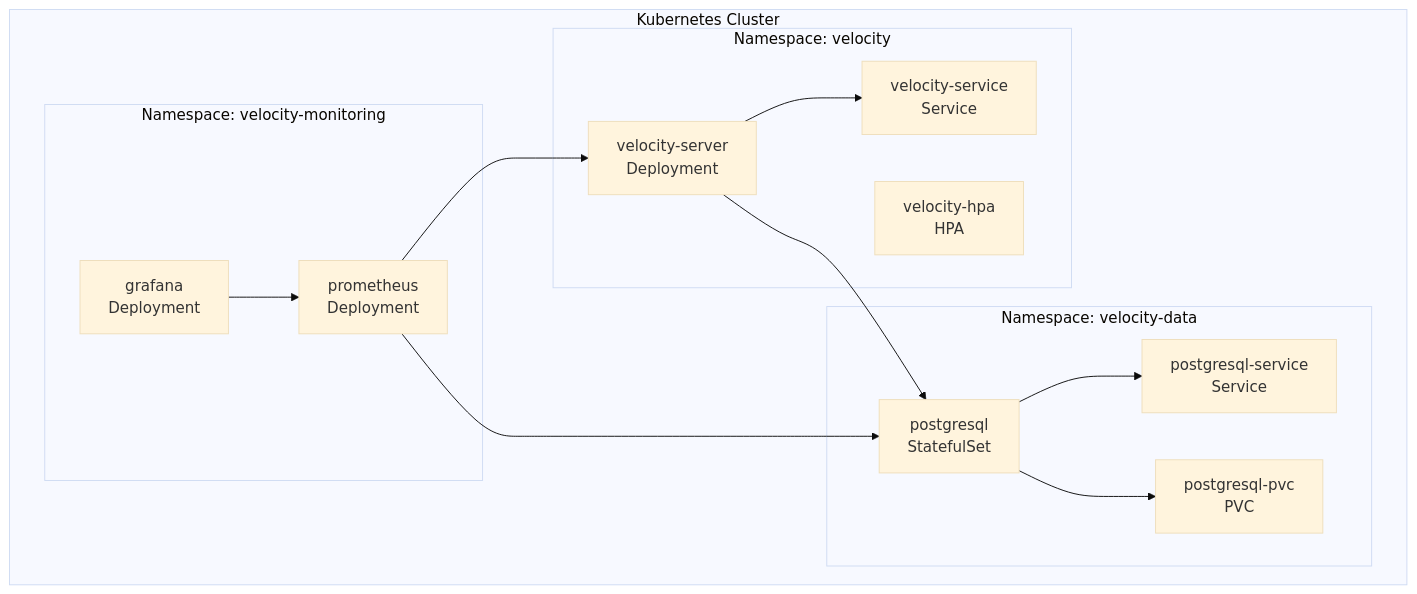
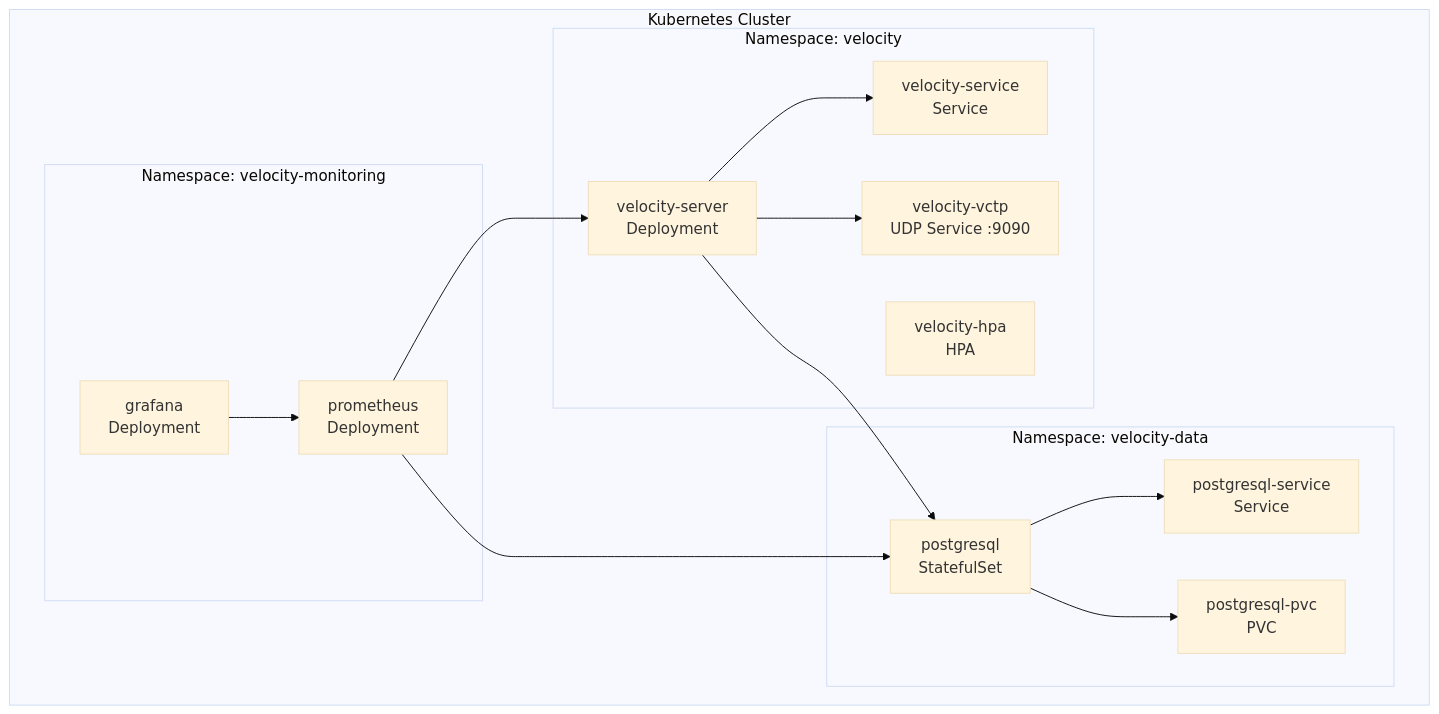
One commit to UnitBuilds-CC/V.E.L.O.C.I.T.Y.-WorkFlow changed diagram 20 of 26 in .qoder/repowiki/en/content/Architecture Overview.md. Above: the diagram before and after it, drawn with Mermaid (base theme). The commit also changed other lines of this file and 21 other files, not shown here.

````diff
--- a/.qoder/repowiki/en/content/Architecture Overview.md
+++ b/.qoder/repowiki/en/content/Architecture Overview.md
@@ -592,29 +793,31 @@
 ```mermaid
 graph TB
     subgraph "Kubernetes Cluster"
         subgraph "Namespace: velocity"
             A[velocity-server<br/>Deployment]
             B[velocity-service<br/>Service]
             C[velocity-hpa<br/>HPA]
+            VUDP[velocity-vctp<br/>UDP Service :9090]
         end
         
         subgraph "Namespace: velocity-data"
             D[postgresql<br/>StatefulSet]
             E[postgresql-service<br/>Service]
             F[postgresql-pvc<br/>PVC]
         end
         
         subgraph "Namespace: velocity-monitoring"
             G[prometheus<br/>Deployment]
             H[grafana<br/>Deployment]
         end
     end
     
     A --> B
+    A --> VUDP
     A --> D
     D --> E
     D --> F
     G --> A
     G --> D
     H --> G
 ```
````
